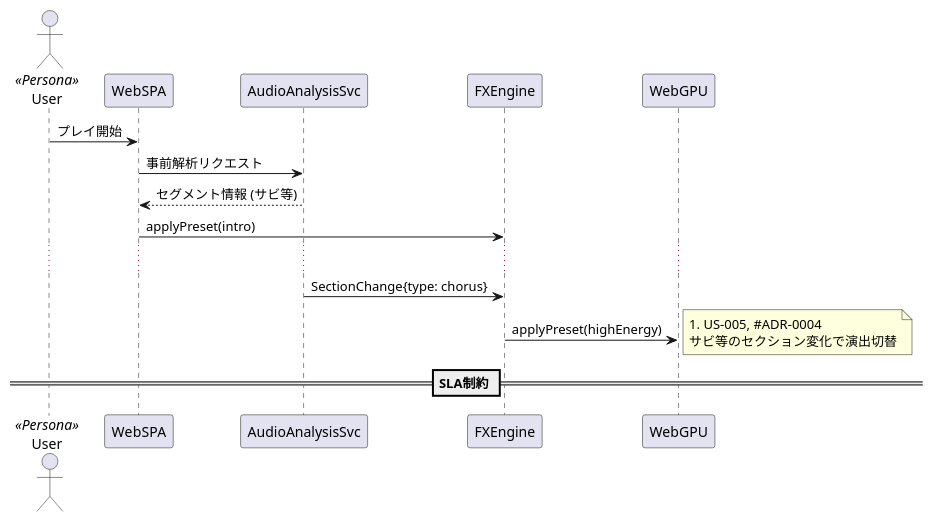
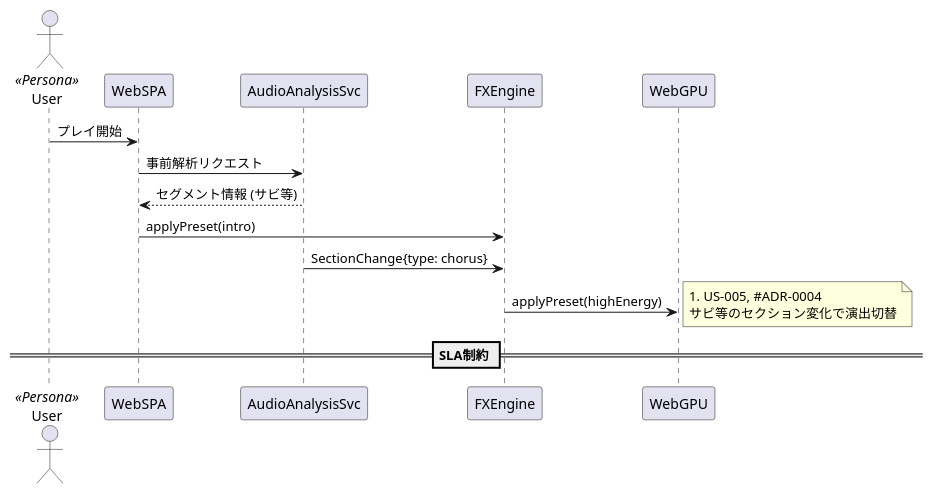
Before and after one commit to u-keiya/play_as_you_like: the diagram in docs/03_design/diagrams/sequence/section_fx_switch.puml, drawn with PlantUML. The commit also changed 12 other files, not shown here.

```diff
--- a/docs/03_design/diagrams/sequence/section_fx_switch.puml
+++ b/docs/03_design/diagrams/sequence/section_fx_switch.puml
@@ -1,25 +1,25 @@
 @startuml
 ' ==========================================================
 ' Sequence Diagram — Section FX Switch (Chorus Detection)
 ' PlayAsYouLike Web Rhythm Game
 ' ==========================================================
 actor User <<Persona>>
 participant WebSPA
 participant AudioAnalysisSvc
 participant FXEngine
 participant WebGPU
 
 User -> WebSPA: プレイ開始
 WebSPA -> AudioAnalysisSvc: 事前解析リクエスト
 AudioAnalysisSvc --> WebSPA: セグメント情報 (サビ等)
 WebSPA -> FXEngine: applyPreset(intro)
-...
+' ... 省略 ...
 AudioAnalysisSvc -> FXEngine: SectionChange{type: chorus}
 FXEngine -> WebGPU: applyPreset(highEnergy)
 
 note right: #US-005, #ADR-0004\nサビ等のセクション変化で演出切替
 
 == SLA制約 ==
 ' <<constraint>> 事前解析: 300秒以内 / セクション切替: 1秒以内
 
 @enduml
```
